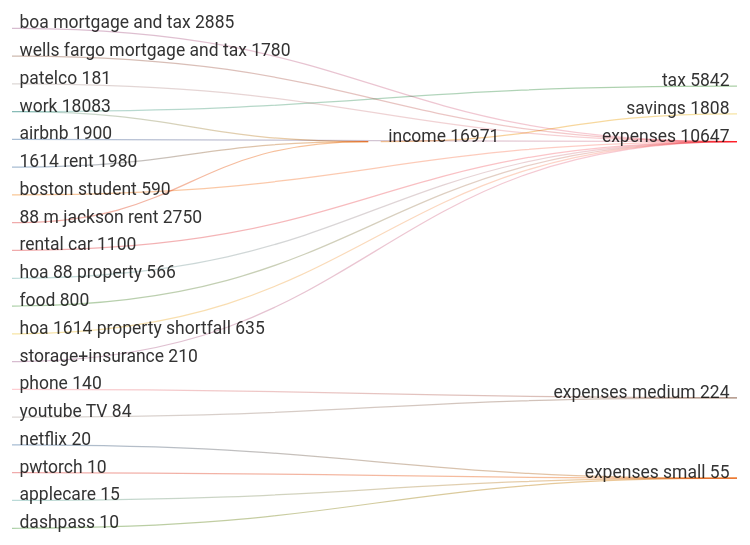
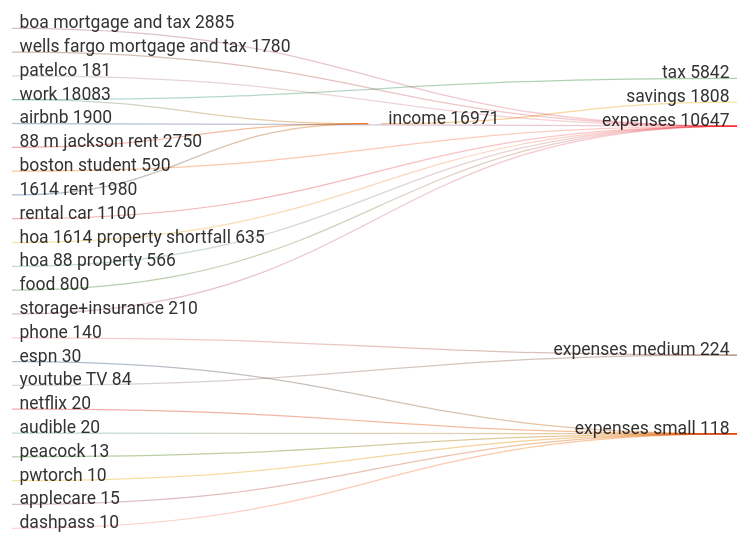
The second of 9 diagrams in README.md (sarnobat/mermaid), drawn with Mermaid before and after one commit.

````diff
--- a/README.md
+++ b/README.md
@@ -114,29 +114,32 @@
 ```mermaid
 ---
 config:
   sankey:
     showValues: true
 ---
 sankey-beta
 1614 rent,income,1980
 88 m jackson rent, income,2750
 work,income,12241
 work,tax,5842
 income,savings,1808
 boa mortgage and tax,expenses,2885
 wells fargo mortgage and tax,expenses,1780
 patelco,expenses,181
 airbnb,expenses,1900
 boston student,expenses,590
 rental car,expenses,1100
 hoa 88 property,expenses,566
 food,expenses,800
 hoa 1614 property shortfall,expenses,635
 storage+insurance,expenses,210
 phone,expenses medium,140
 youtube TV,expenses medium,84
+espn,expenses small,30
 netflix,expenses small,20
+audible,expenses small,20
+peacock,expenses small,13
 pwtorch,expenses small,10
 applecare,expenses small,15
 dashpass,expenses small,10
 ```
````
